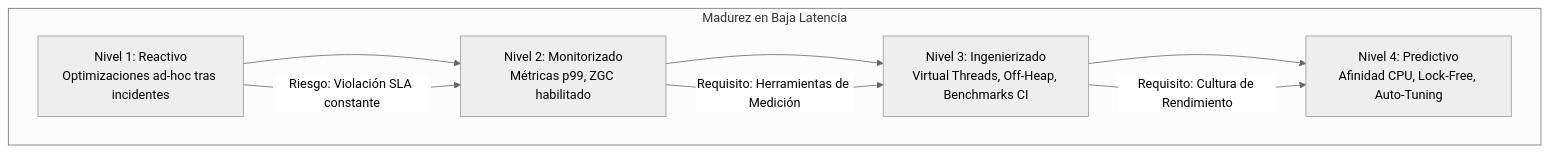
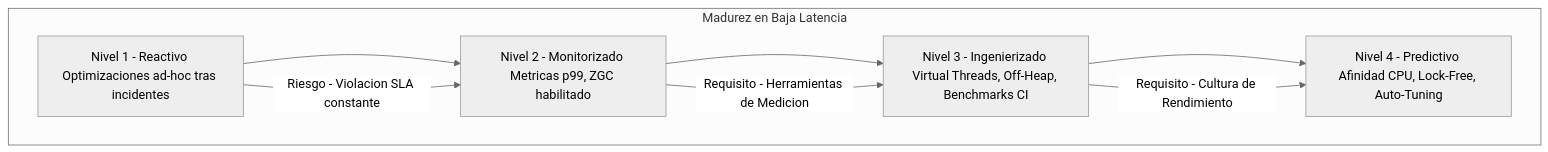
The fifth of 5 diagrams in 01_Java_Core/optimizacion_de_latencia_en_aplicaciones_java_de_baja_latencia_STAFF.md (Joaquinriosheredia/DAM-Java-Mastery), drawn with Mermaid (neutral theme) before and after one commit. The commit also changed other lines of this file, not shown here.

````diff
--- a/01_Java_Core/optimizacion_de_latencia_en_aplicaciones_java_de_baja_latencia_STAFF.md
+++ b/01_Java_Core/optimizacion_de_latencia_en_aplicaciones_java_de_baja_latencia_STAFF.md
@@ -456,13 +681,13 @@
 ```mermaid
 graph TD
     subgraph "Madurez en Baja Latencia"
-        L1[Nivel 1: Reactivo<br>Optimizaciones ad-hoc tras incidentes] --> L2
-        L2[Nivel 2: Monitorizado<br>Métricas p99, ZGC habilitado] --> L3
-        L3[Nivel 3: Ingenierizado<br>Virtual Threads, Off-Heap, Benchmarks CI] --> L4
-        L4[Nivel 4: Predictivo<br>Afinidad CPU, Lock-Free, Auto-Tuning]
+        L1[Nivel 1 - Reactivo <br/>Optimizaciones ad-hoc tras incidentes] --> L2
+        L2[Nivel 2 - Monitorizado <br/>Metricas p99, ZGC habilitado] --> L3
+        L3[Nivel 3 - Ingenierizado <br/>Virtual Threads, Off-Heap, Benchmarks CI] --> L4
+        L4[Nivel 4 - Predictivo <br/>Afinidad CPU, Lock-Free, Auto-Tuning]
     end
     
-    L1 -->|Riesgo: Violación SLA constante| L2
-    L2 -->|Requisito: Herramientas de Medición| L3
-    L3 -->|Requisito: Cultura de Rendimiento| L4
+    L1 -->|Riesgo - Violacion SLA constante| L2
+    L2 -->|Requisito - Herramientas de Medicion| L3
+    L3 -->|Requisito - Cultura de Rendimiento| L4
 ```
````
